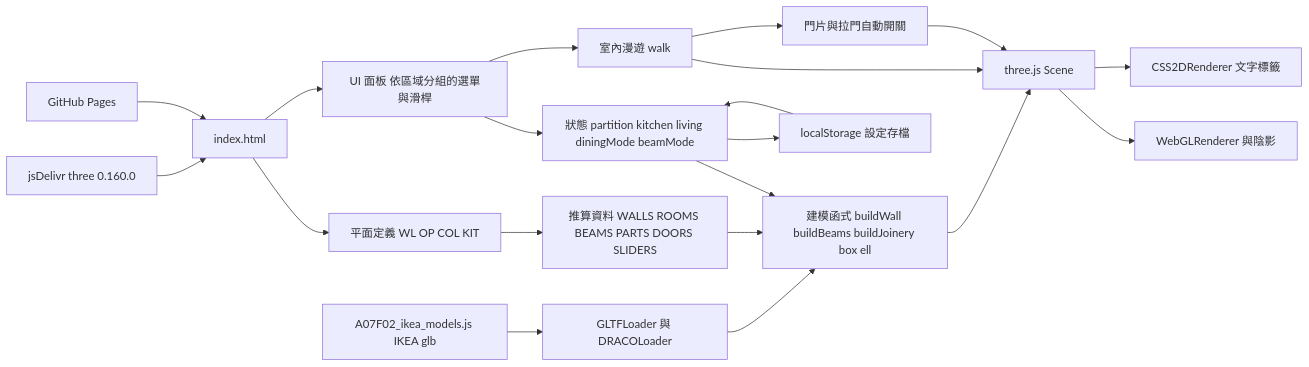
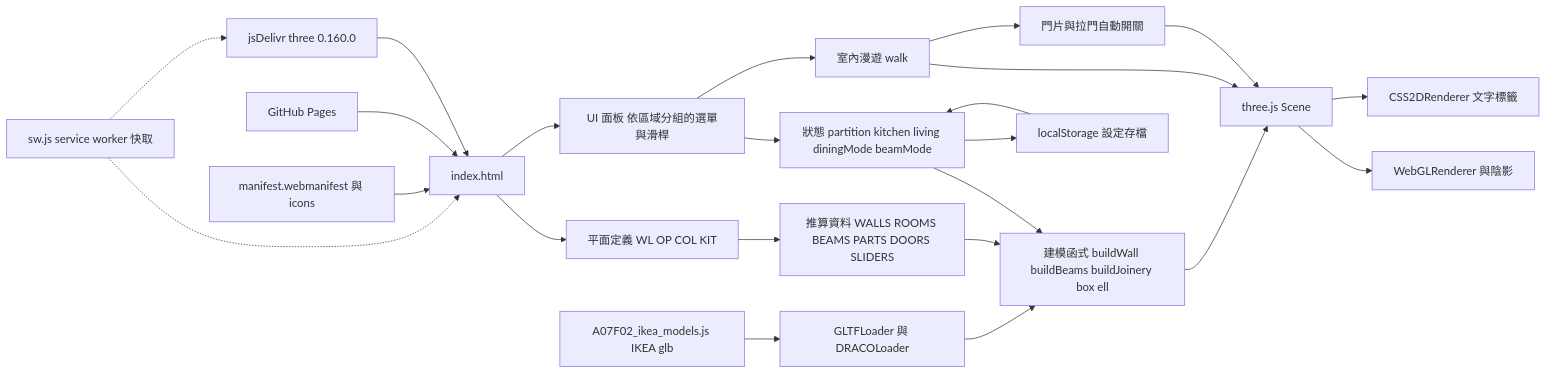
Before and after one commit to oopsdev/a07f02-3d: the first of 2 diagrams in docs/architecture.md, drawn with Mermaid. The commit also changed other lines of this file and 11 other files, not shown here.

Commit message:
Add PWA support: manifest, service worker and home-screen icons

````diff
--- a/docs/architecture.md
+++ b/docs/architecture.md
@@ -13,22 +13,25 @@
 ```mermaid
 flowchart LR
   A[index.html] --> P0[平面定義 WL OP COL KIT]
   P0 --> B[推算資料 WALLS ROOMS BEAMS PARTS DOORS SLIDERS]
   A --> C[UI 面板 依區域分組的選單與滑桿]
   B --> D[建模函式 buildWall buildBeams buildJoinery box ell]
   C --> E[狀態 partition kitchen living diningMode beamMode]
   E --> D
   E --> K[localStorage 設定存檔]
   K --> E
   D --> F[three.js Scene]
   F --> G[WebGLRenderer 與陰影]
   F --> H[CSS2DRenderer 文字標籤]
   C --> W[室內漫遊 walk]
   W --> F
   W --> DR[門片與拉門自動開關]
   DR --> F
   M0[A07F02_ikea_models.js IKEA glb] --> L0[GLTFLoader 與 DRACOLoader]
   L0 --> D
   I[jsDelivr three 0.160.0] --> A
   J[GitHub Pages] --> A
+  MF[manifest.webmanifest 與 icons] --> A
+  SW[sw.js service worker 快取] -.-> A
+  SW -.-> I
 ```
````
